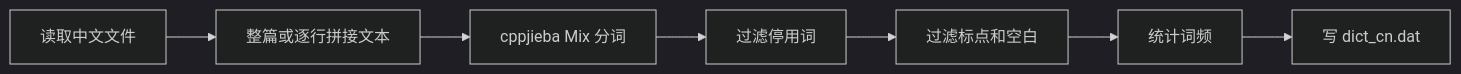
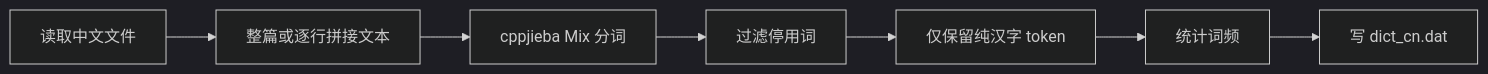
Before and after one commit to dijk4tra/Cpp_Advanced: the fourth of 10 diagrams in 课件/07_搜索引擎项目/项目第一期开发思路.md, drawn with Mermaid (dark theme). The commit also changed other lines of this file and 20 other files, not shown here.

````diff
--- a/课件/07_搜索引擎项目/项目第一期开发思路.md
+++ b/课件/07_搜索引擎项目/项目第一期开发思路.md
@@ -346,9 +349,9 @@
 ```mermaid
 flowchart LR
     A[读取中文文件] --> B[整篇或逐行拼接文本]
     B --> C[cppjieba Mix 分词]
     C --> D[过滤停用词]
-    D --> E[过滤标点和空白]
+    D --> E[仅保留纯汉字 token]
     E --> F[统计词频]
     F --> G[写 dict_cn.dat]
 ```
````
